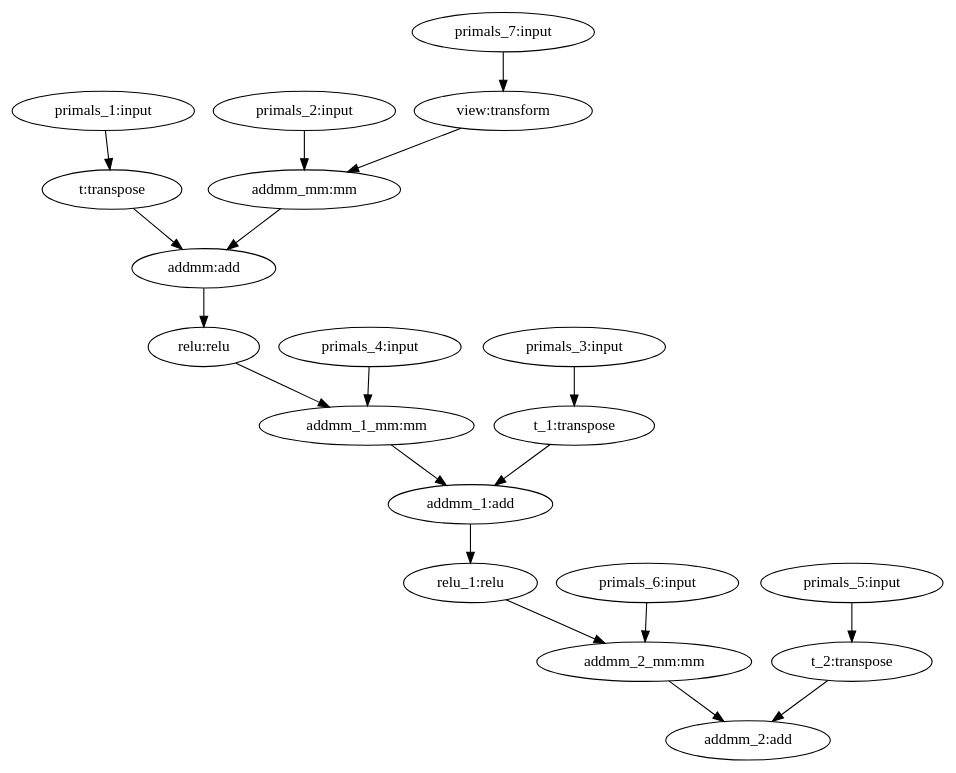
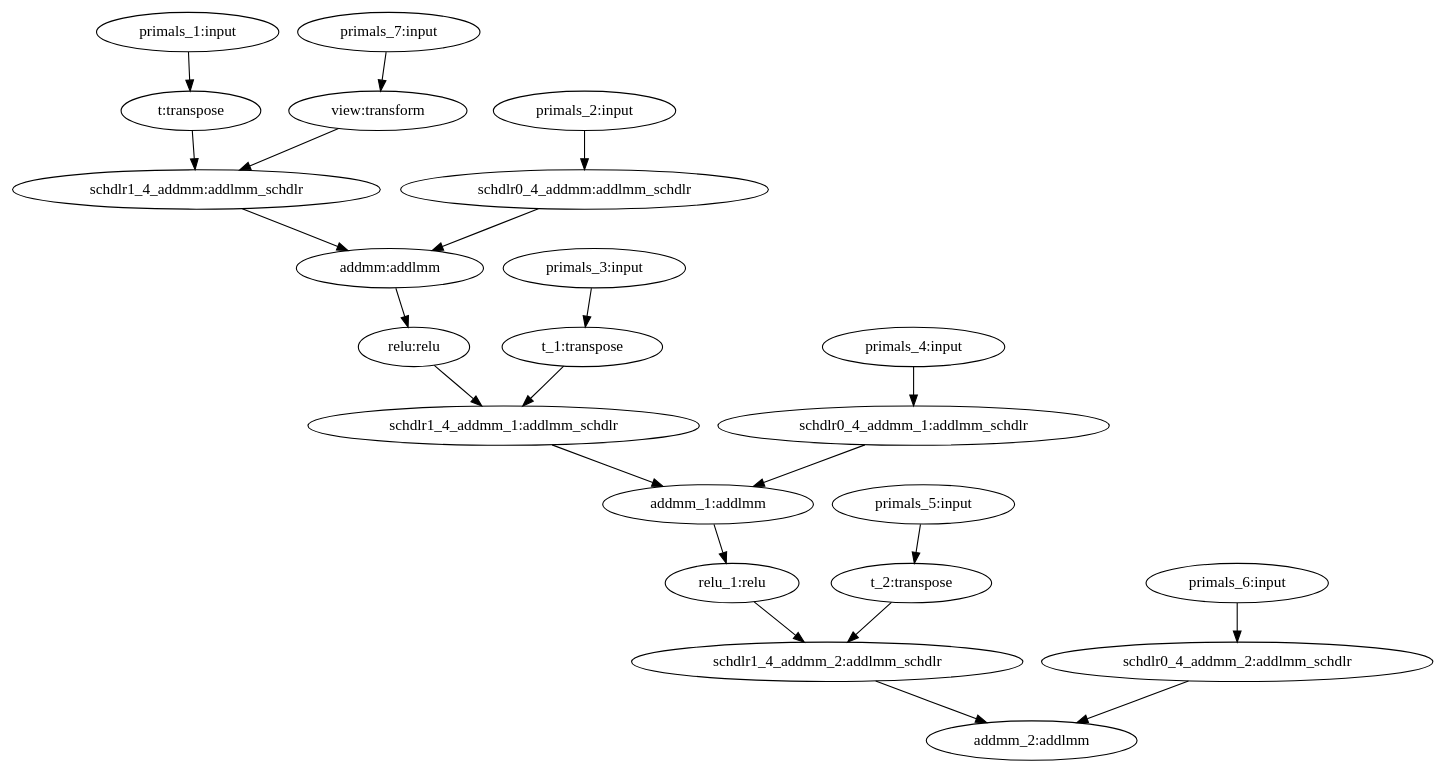
The diagram in Digraph.gv (Jackcuii/GraphAPI-for-Zeonica), drawn with Graphviz before and after one commit. The commit also changed 12 other files, not shown here.

```diff
--- a/Digraph.gv
+++ b/Digraph.gv
@@ -1,39 +1,45 @@
 digraph {
 	primals_1 [label="primals_1:input"]
 	primals_2 [label="primals_2:input"]
 	primals_3 [label="primals_3:input"]
 	primals_4 [label="primals_4:input"]
 	primals_5 [label="primals_5:input"]
 	primals_6 [label="primals_6:input"]
 	primals_7 [label="primals_7:input"]
 	view [label="view:transform"]
 	t [label="t:transpose"]
-	addmm_mm [label="addmm_mm:mm"]
-	addmm [label="addmm:add"]
+	addmm [label="addmm:addlmm"]
+	schdlr0_4_addmm [label="schdlr0_4_addmm:addlmm_schdlr"]
+	schdlr1_4_addmm [label="schdlr1_4_addmm:addlmm_schdlr"]
 	relu [label="relu:relu"]
 	t_1 [label="t_1:transpose"]
-	addmm_1_mm [label="addmm_1_mm:mm"]
-	addmm_1 [label="addmm_1:add"]
+	addmm_1 [label="addmm_1:addlmm"]
+	schdlr0_4_addmm_1 [label="schdlr0_4_addmm_1:addlmm_schdlr"]
+	schdlr1_4_addmm_1 [label="schdlr1_4_addmm_1:addlmm_schdlr"]
 	relu_1 [label="relu_1:relu"]
 	t_2 [label="t_2:transpose"]
-	addmm_2_mm [label="addmm_2_mm:mm"]
-	addmm_2 [label="addmm_2:add"]
+	addmm_2 [label="addmm_2:addlmm"]
+	schdlr0_4_addmm_2 [label="schdlr0_4_addmm_2:addlmm_schdlr"]
+	schdlr1_4_addmm_2 [label="schdlr1_4_addmm_2:addlmm_schdlr"]
 	primals_1 -> t
-	primals_2 -> addmm_mm
+	primals_2 -> schdlr0_4_addmm
 	primals_3 -> t_1
-	primals_4 -> addmm_1_mm
+	primals_4 -> schdlr0_4_addmm_1
 	primals_5 -> t_2
-	primals_6 -> addmm_2_mm
+	primals_6 -> schdlr0_4_addmm_2
 	primals_7 -> view
-	view -> addmm_mm
-	t -> addmm
-	addmm_mm -> addmm
+	view -> schdlr1_4_addmm
+	t -> schdlr1_4_addmm
 	addmm -> relu
-	relu -> addmm_1_mm
-	t_1 -> addmm_1
-	addmm_1_mm -> addmm_1
+	schdlr0_4_addmm -> addmm
+	schdlr1_4_addmm -> addmm
+	relu -> schdlr1_4_addmm_1
+	t_1 -> schdlr1_4_addmm_1
 	addmm_1 -> relu_1
-	relu_1 -> addmm_2_mm
-	t_2 -> addmm_2
-	addmm_2_mm -> addmm_2
+	schdlr0_4_addmm_1 -> addmm_1
+	schdlr1_4_addmm_1 -> addmm_1
+	relu_1 -> schdlr1_4_addmm_2
+	t_2 -> schdlr1_4_addmm_2
+	schdlr0_4_addmm_2 -> addmm_2
+	schdlr1_4_addmm_2 -> addmm_2
 }
```
